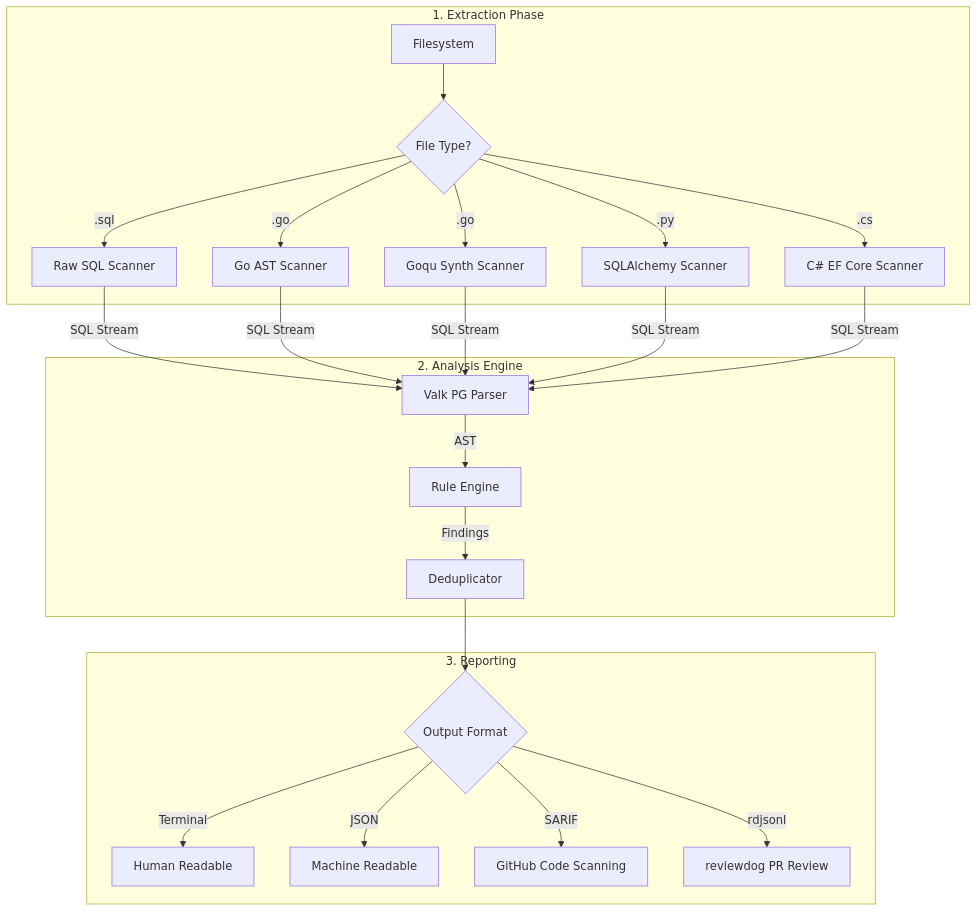
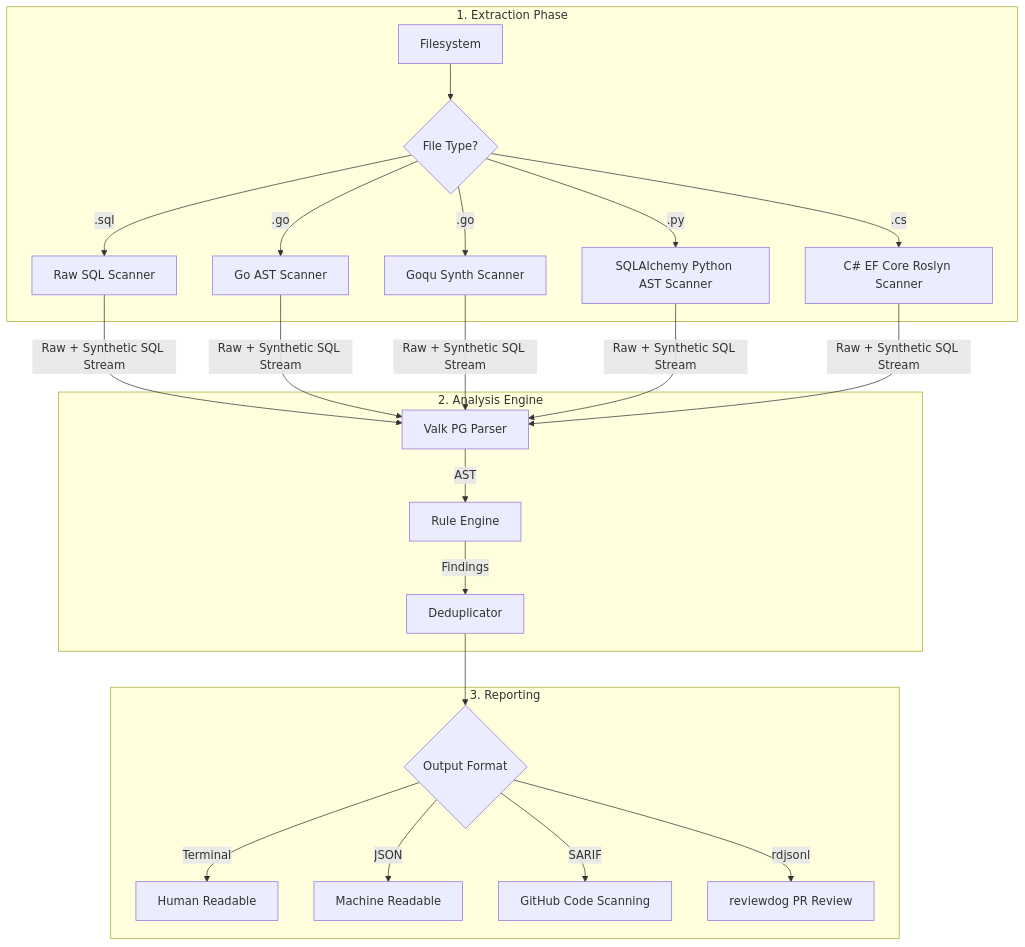
One commit to ValkDB/valk-guard changed the first of 2 diagrams in docs/architecture.md. Above: the diagram before and after it, drawn with Mermaid. The commit also changed other lines of this file and 9 other files, not shown here.

````diff
--- a/docs/architecture.md
+++ b/docs/architecture.md
@@ -23,25 +23,25 @@
 ```mermaid
 graph TD
     subgraph "1. Extraction Phase"
         A[Filesystem] --> B{File Type?}
         B -->|.sql| C[Raw SQL Scanner]
         B -->|.go| D[Go AST Scanner]
         B -->|.go| E[Goqu Synth Scanner]
-        B -->|.py| F[SQLAlchemy Scanner]
-        B -->|.cs| G[C# EF Core Scanner]
+        B -->|.py| F[SQLAlchemy Python AST Scanner]
+        B -->|.cs| G[C# EF Core Roslyn Scanner]
     end
 
     subgraph "2. Analysis Engine"
-        C & D & E & F & G -->|SQL Stream| H[Valk PG Parser]
+        C & D & E & F & G -->|Raw + Synthetic SQL Stream| H[Valk PG Parser]
         H -->|AST| I[Rule Engine]
         I -->|Findings| J[Deduplicator]
     end
 
     subgraph "3. Reporting"
         J --> K{Output Format}
         K -->|Terminal| L[Human Readable]
         K -->|JSON| M[Machine Readable]
         K -->|SARIF| N[GitHub Code Scanning]
         K -->|rdjsonl| O[reviewdog PR Review]
     end
 ```
````
